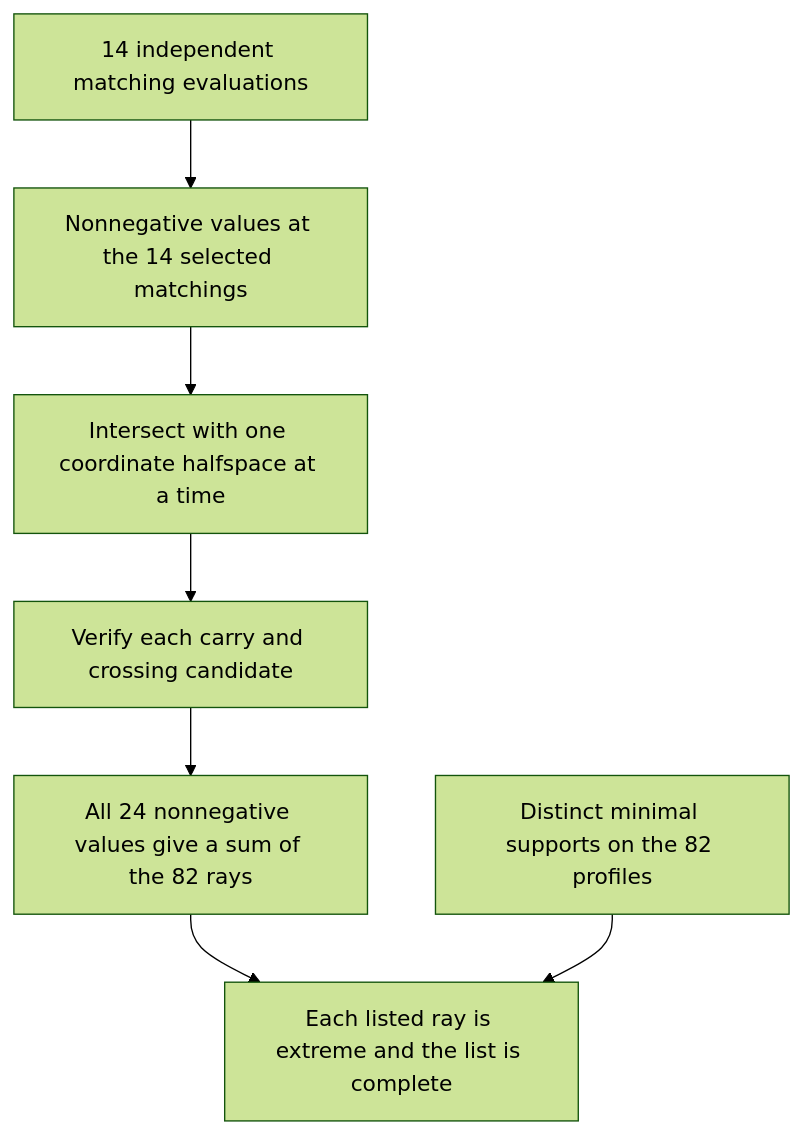
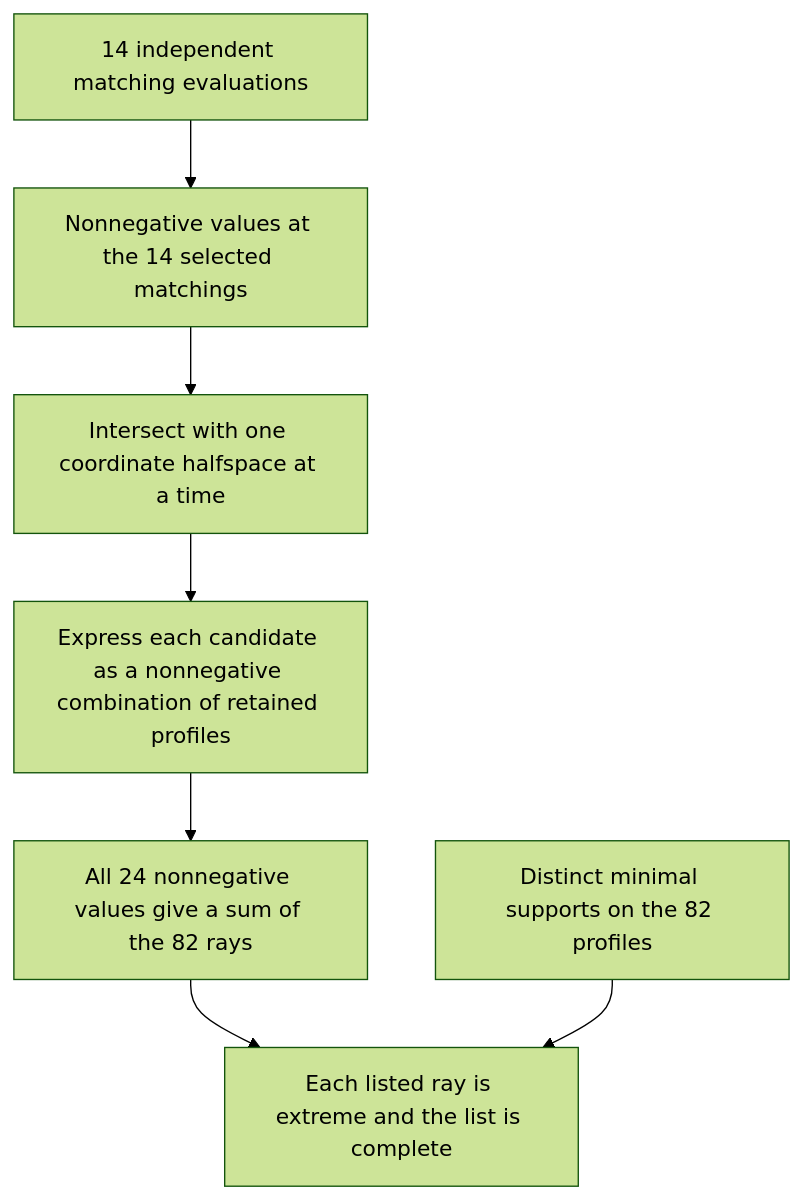
Before and after one commit to ascendnoosphere/MOC: the diagram in Docs/order-four-support-cost-cone-proof-map.md, drawn with Mermaid (forest theme). The commit also changed other lines of this file and 148 other files, not shown here.

````diff
--- a/Docs/order-four-support-cost-cone-proof-map.md
+++ b/Docs/order-four-support-cost-cone-proof-map.md
@@ -23,16 +24,16 @@
 ```mermaid
 flowchart TD
     Coordinates["14 independent matching evaluations"]
     Initial["Nonnegative values at the 14 selected matchings"]
     Cuts["Intersect with one coordinate halfspace at a time"]
-    Replay["Verify each carry and crossing candidate"]
+    Candidates["Express each candidate as a nonnegative combination of retained profiles"]
     Cone["All 24 nonnegative values give a sum of the 82 rays"]
     Supports["Distinct minimal supports on the 82 profiles"]
     Extreme["Each listed ray is extreme and the list is complete"]
     Coordinates --> Initial
     Initial --> Cuts
-    Cuts --> Replay
-    Replay --> Cone
+    Cuts --> Candidates
+    Candidates --> Cone
     Cone --> Extreme
     Supports --> Extreme
 ```
````
